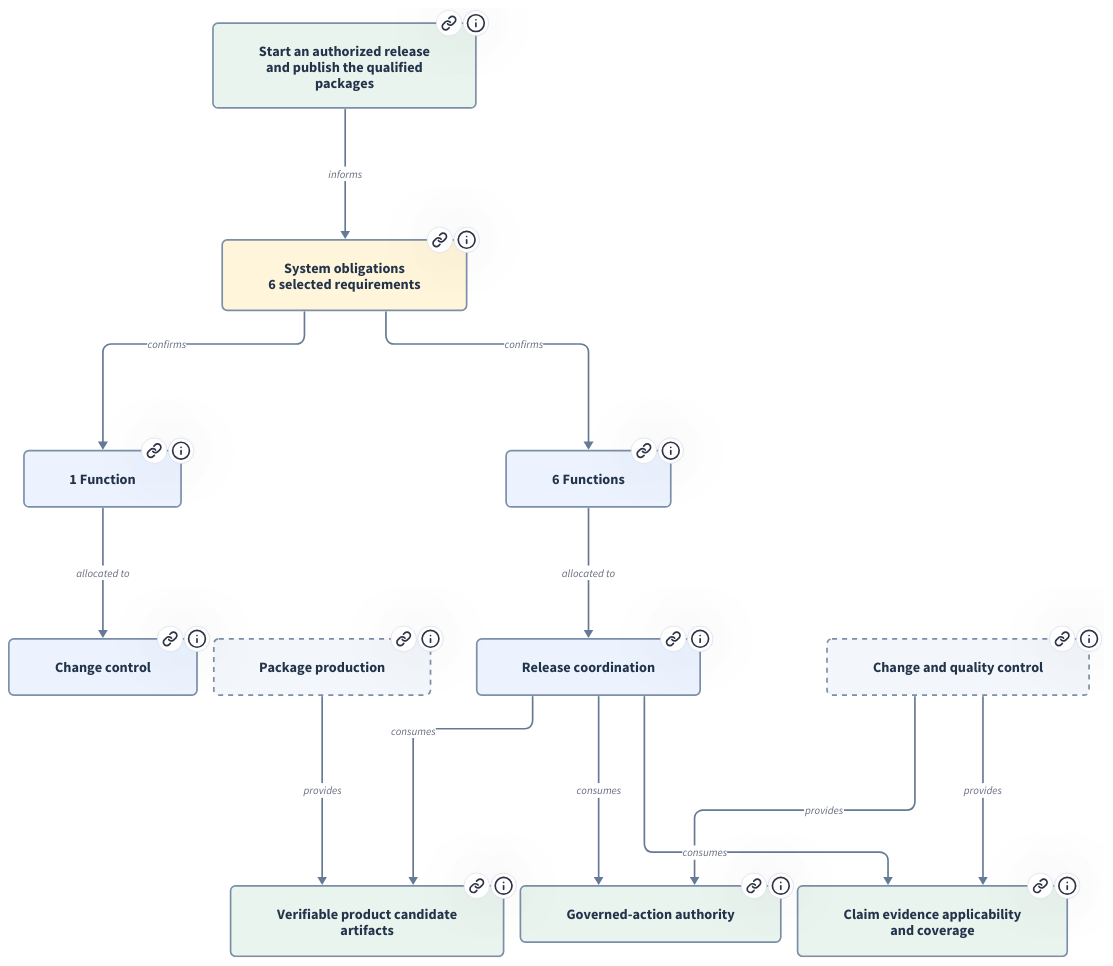
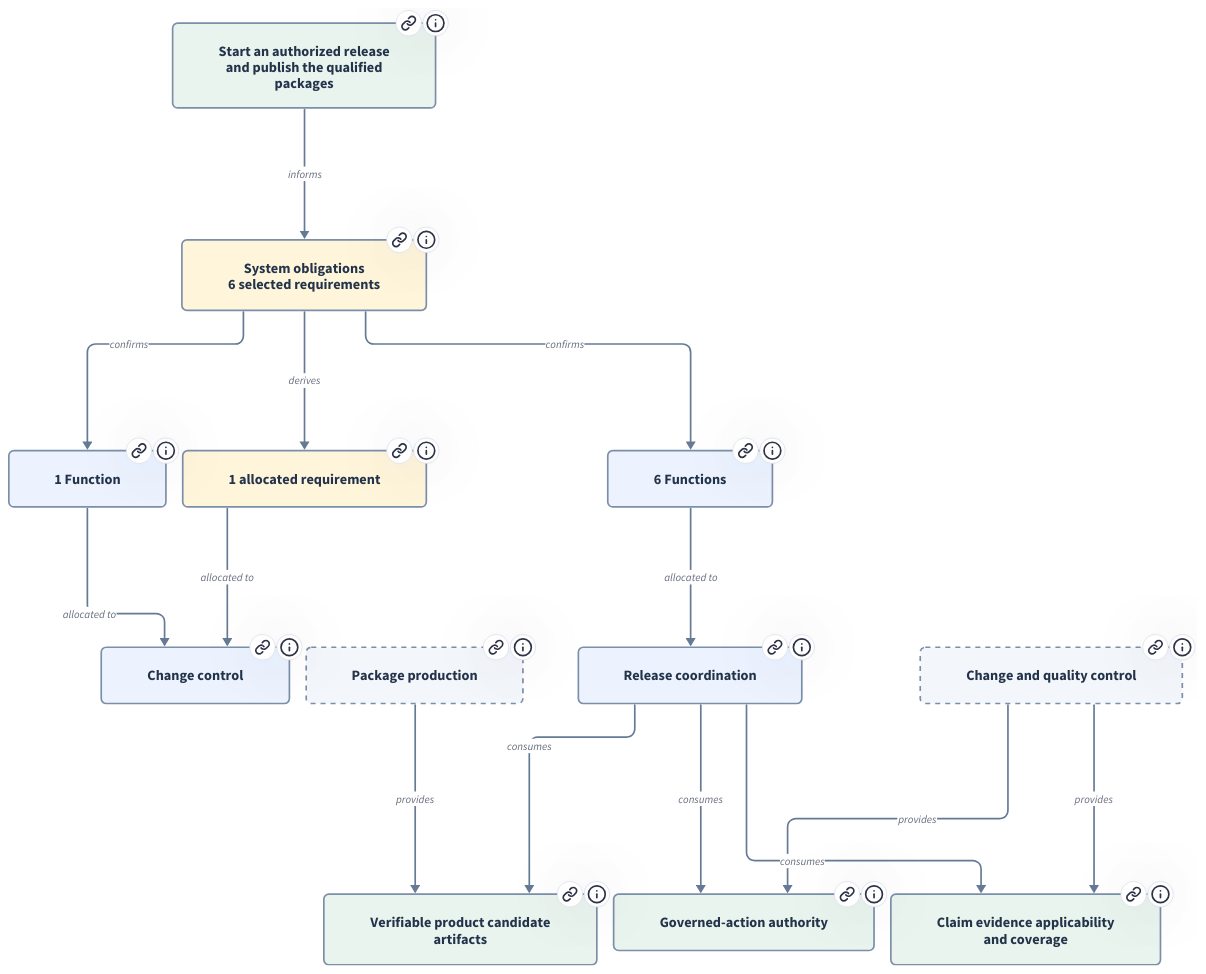
The diagram in design/architecture/views/browser/diagrams/scenario-SCN-066.d2 (xiongxianfei/rigorloop), drawn with D2 before and after one commit. The commit also changed 262 other files, not shown here.

Commit message:
Add system requirements architecture view and assessments (#208)

```diff
--- a/design/architecture/views/browser/diagrams/scenario-SCN-066.d2
+++ b/design/architecture/views/browser/diagrams/scenario-SCN-066.d2
@@ -1,161 +1,180 @@
 # Generated from canonical REM records; do not edit.
-# Source identity: 45c038c07e12e6780416c9a3833873518354213a1c976dcae38bd54077894c80
+# Source identity: 7b8440c54b5c4fada352158a820009762fd64568b87d27d147a47f19f6e4ee60
 # Traceability, not execution order. Requirement and behavior sets are collapsed by their exact accountable Module; arrows summarize the selected authored relationships. Dashed Modules provide contract context without receiving behavior allocations. The traceability details and source links below retain the selected entities and their authored basis.
 vars: {d2-config: {layout-engine: elk}}
 direction: down
 scenario: "Start an authorized release\nand publish the qualified\npackages" {
   link: "#scenario/SCN-066"
   tooltip: "Start an authorized release and publish the qualified packages (SCN-066)"
   style.fill: "#E9F4EE"
   style.stroke: "#7C8FA9"
   style.font-color: "#23334A"
   style.font-size: 17
   style.border-radius: 6
 }
 requirements: "System obligations\n6 selected requirements" {
   link: "#scenario/SCN-066"
   tooltip: "Preserve human authority over governed decisions (SR-007)\nQualify the exact prepared release candidate (SR-069)\nPublish only the authorized immutable candidate (SR-070)\nRecord observed public release outcomes and bounded closeout (SR-071)\nRecover publication failures without overwriting public history (SR-072)\nCoordinate routine releases from an authorized workflow start (SR-073)"
   style.fill: "#FFF5DB"
   style.stroke: "#7C8FA9"
   style.font-color: "#23334A"
   style.font-size: 17
   style.border-radius: 6
 }
 scenario -> requirements: "informs" {
   style.stroke: "#667A96"
   style.fill: "#FFFFFF"
   style.font-size: 13
 }
 m_4d4f442d30303666756e6374696f6e73: "1 Function" {
   link: "#scenario/SCN-066"
   tooltip: "Determine applicable authority before governed actions (FUNC-026)"
   style.fill: "#ECF3FF"
   style.stroke: "#7C8FA9"
   style.font-color: "#23334A"
   style.font-size: 17
   style.border-radius: 6
 }
 requirements -> m_4d4f442d30303666756e6374696f6e73: "confirms" {
   style.stroke: "#667A96"
   style.fill: "#FFFFFF"
   style.font-size: 13
 }
 m_4d4f442d30303666756e6374696f6e73 -> m_4d4f442d303036: "allocated to" {
+  style.stroke: "#667A96"
+  style.fill: "#FFFFFF"
+  style.font-size: 13
+}
+m_4d4f442d303036616c6c6f63617465645f726571756972656d656e7473: "1 allocated requirement" {
+  link: "#scenario/SCN-066"
+  tooltip: "Assess exact action authority without redundant confirmation (AR-078)"
+  style.fill: "#FFF5DB"
+  style.stroke: "#7C8FA9"
+  style.font-color: "#23334A"
+  style.font-size: 17
+  style.border-radius: 6
+}
+requirements -> m_4d4f442d303036616c6c6f63617465645f726571756972656d656e7473: "derives" {
+  style.stroke: "#667A96"
+  style.fill: "#FFFFFF"
+  style.font-size: 13
+}
+m_4d4f442d303036616c6c6f63617465645f726571756972656d656e7473 -> m_4d4f442d303036: "allocated to" {
   style.stroke: "#667A96"
   style.fill: "#FFFFFF"
   style.font-size: 13
 }
 m_4d4f442d30313566756e6374696f6e73: "6 Functions" {
   link: "#scenario/SCN-066"
   tooltip: "Assess release preflight and qualification (FUNC-068)\nSeal a qualified immutable release candidate (FUNC-069)\nPublish an authorized retained candidate (FUNC-070)\nObserve public release and record closeout (FUNC-071)\nDetermine publication recovery disposition (FUNC-072)\nCoordinate an eligible routine release (FUNC-073)"
   style.fill: "#ECF3FF"
   style.stroke: "#7C8FA9"
   style.font-color: "#23334A"
   style.font-size: 17
   style.border-radius: 6
 }
 requirements -> m_4d4f442d30313566756e6374696f6e73: "confirms" {
   style.stroke: "#667A96"
   style.fill: "#FFFFFF"
   style.font-size: 13
 }
 m_4d4f442d30313566756e6374696f6e73 -> m_4d4f442d303135: "allocated to" {
   style.stroke: "#667A96"
   style.fill: "#FFFFFF"
   style.font-size: 13
 }
 m_4d4f442d303036: "Change control" {
   link: "#module/MOD-006"
   tooltip: "Change control (MOD-006)"
   style.fill: "#ECF3FF"
   style.stroke: "#7C8FA9"
   style.font-color: "#23334A"
   style.font-size: 17
   style.border-radius: 6
 }
 m_4d4f442d303135: "Release coordination" {
   link: "#module/MOD-015"
   tooltip: "Release coordination (MOD-015)"
   style.fill: "#ECF3FF"
   style.stroke: "#7C8FA9"
   style.font-color: "#23334A"
   style.font-size: 17
   style.border-radius: 6
 }
 m_4d4f442d303133: "Package production" {
   link: "#module/MOD-013"
   tooltip: "Package production (MOD-013)"
   style.fill: "#F3F6FA"
   style.stroke: "#7C8FA9"
   style.font-color: "#23334A"
   style.font-size: 17
   style.border-radius: 6
   style.stroke-dash: 3
 }
 m_4d4f442d303137: "Change and quality control" {
   link: "#module/MOD-017"
   tooltip: "Change and quality control (MOD-017)"
   style.fill: "#F3F6FA"
   style.stroke: "#7C8FA9"
   style.font-color: "#23334A"
   style.font-size: 17
   style.border-radius: 6
   style.stroke-dash: 3
 }
 m_49462d303035: "Verifiable product candidate\nartifacts" {
   link: "#interface/IF-005"
   tooltip: "Verifiable product candidate artifacts (IF-005)"
   style.fill: "#E9F4EE"
   style.stroke: "#7C8FA9"
   style.font-color: "#23334A"
   style.font-size: 17
   style.border-radius: 6
 }
 m_49462d303039: "Governed-action authority" {
   link: "#interface/IF-009"
   tooltip: "Applicable governed-action authority (IF-009)"
   style.fill: "#E9F4EE"
   style.stroke: "#7C8FA9"
   style.font-color: "#23334A"
   style.font-size: 17
   style.border-radius: 6
 }
 m_49462d303130: "Claim evidence applicability\nand coverage" {
   link: "#interface/IF-010"
   tooltip: "Claim evidence applicability and coverage (IF-010)"
   style.fill: "#E9F4EE"
   style.stroke: "#7C8FA9"
   style.font-color: "#23334A"
   style.font-size: 17
   style.border-radius: 6
 }
 m_4d4f442d303135 -> m_49462d303035: "consumes" {
   style.stroke: "#667A96"
   style.fill: "#FFFFFF"
   style.font-size: 13
 }
 m_4d4f442d303135 -> m_49462d303039: "consumes" {
   style.stroke: "#667A96"
   style.fill: "#FFFFFF"
   style.font-size: 13
 }
 m_4d4f442d303135 -> m_49462d303130: "consumes" {
   style.stroke: "#667A96"
   style.fill: "#FFFFFF"
   style.font-size: 13
 }
 m_4d4f442d303133 -> m_49462d303035: "provides" {
   style.stroke: "#667A96"
   style.fill: "#FFFFFF"
   style.font-size: 13
 }
 m_4d4f442d303137 -> m_49462d303039: "provides" {
   style.stroke: "#667A96"
   style.fill: "#FFFFFF"
   style.font-size: 13
 }
 m_4d4f442d303137 -> m_49462d303130: "provides" {
   style.stroke: "#667A96"
   style.fill: "#FFFFFF"
   style.font-size: 13
 }
```
